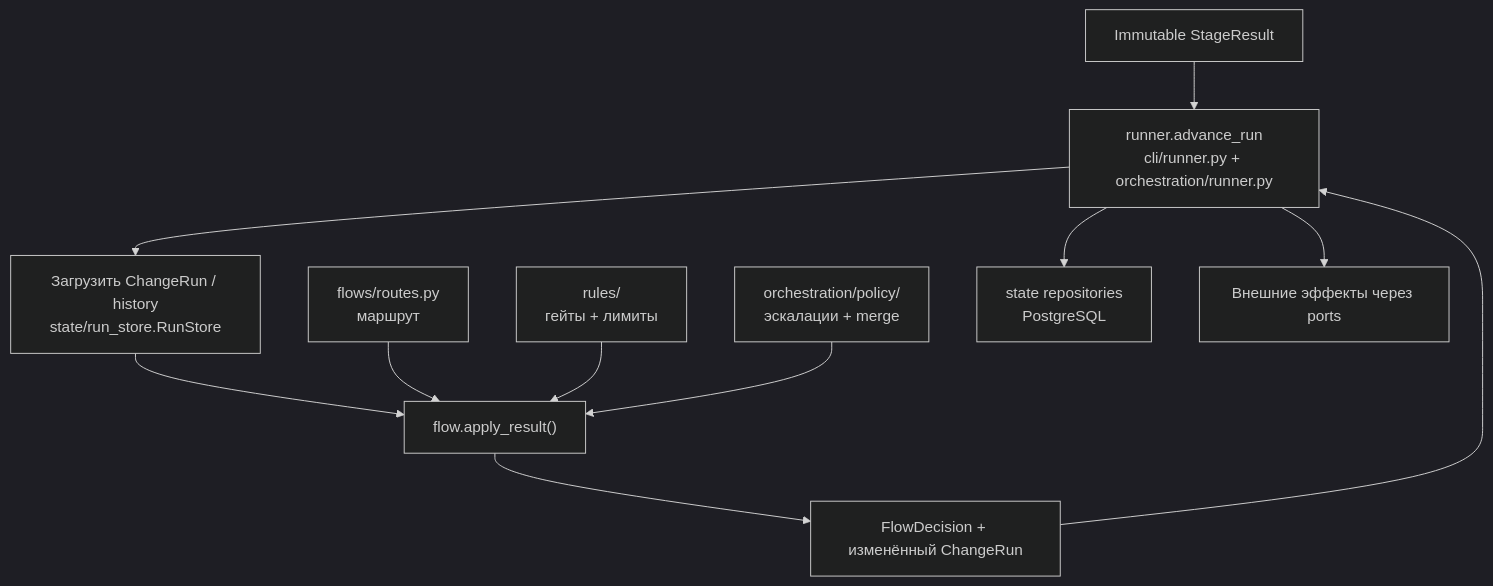
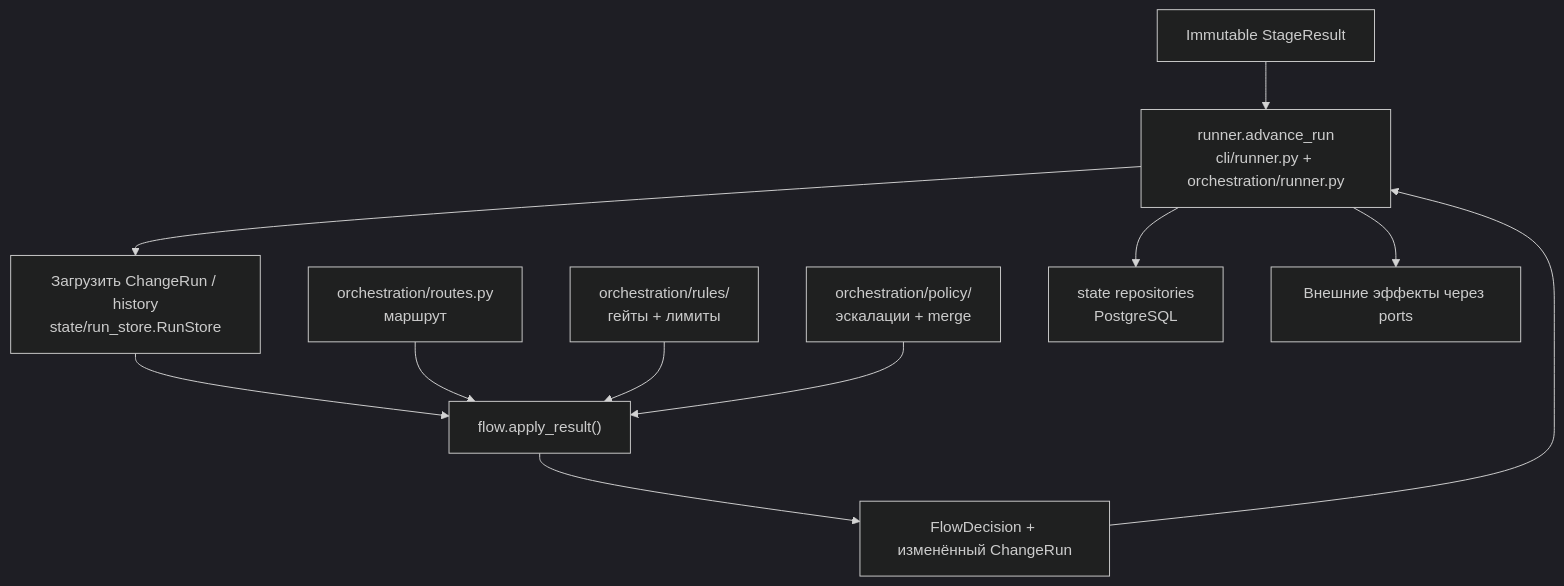
The first of 5 diagrams in docs/descriptions/orchestration-flow-and-state.md (vadagama/dark-factory-mvp), drawn with Mermaid (dark theme) before and after one commit. The commit also changed other lines of this file and 59 other files, not shown here.

First line of the commit message:
refactor(t119): fold flows, rules and ci packages into orchestration (ADR-038)

````diff
--- a/docs/descriptions/orchestration-flow-and-state.md
+++ b/docs/descriptions/orchestration-flow-and-state.md
@@ -22,15 +22,15 @@
 ```mermaid
 flowchart TD
     RESULT["Immutable StageResult"] --> SERVICE["runner.advance_run
 cli/runner.py + orchestration/runner.py"]
     SERVICE --> LOAD["Загрузить ChangeRun / history
 state/run_store.RunStore"]
     LOAD --> FLOW["flow.apply_result()"]
-    ROUTES["flows/routes.py\nмаршрут"] --> FLOW
-    RULES["rules/\nгейты + лимиты"] --> FLOW
+    ROUTES["orchestration/routes.py\nмаршрут"] --> FLOW
+    RULES["orchestration/rules/\nгейты + лимиты"] --> FLOW
     POLICY["orchestration/policy/\nэскалации + merge"] --> FLOW
     FLOW --> DECISION["FlowDecision + изменённый ChangeRun"]
     DECISION --> SERVICE
     SERVICE --> STATE["state repositories\nPostgreSQL"]
     SERVICE --> EFFECTS["Внешние эффекты через ports"]
 ```
````
